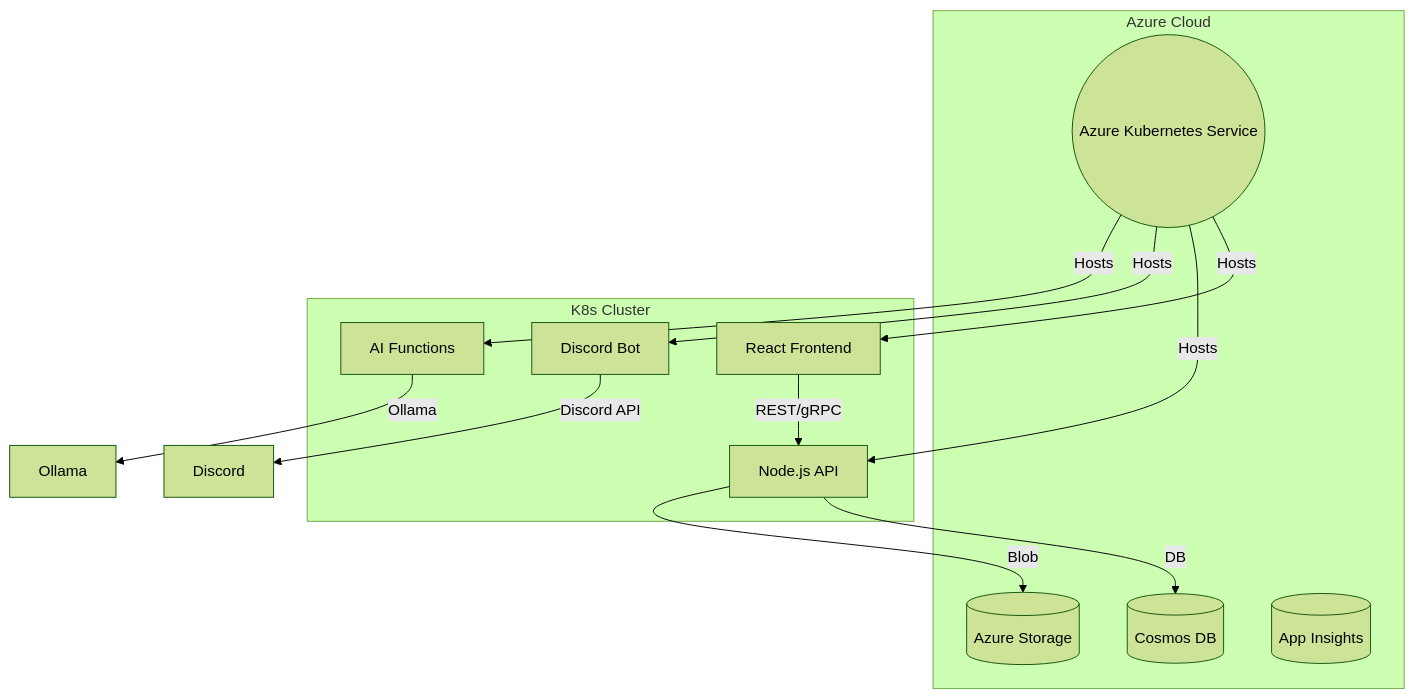
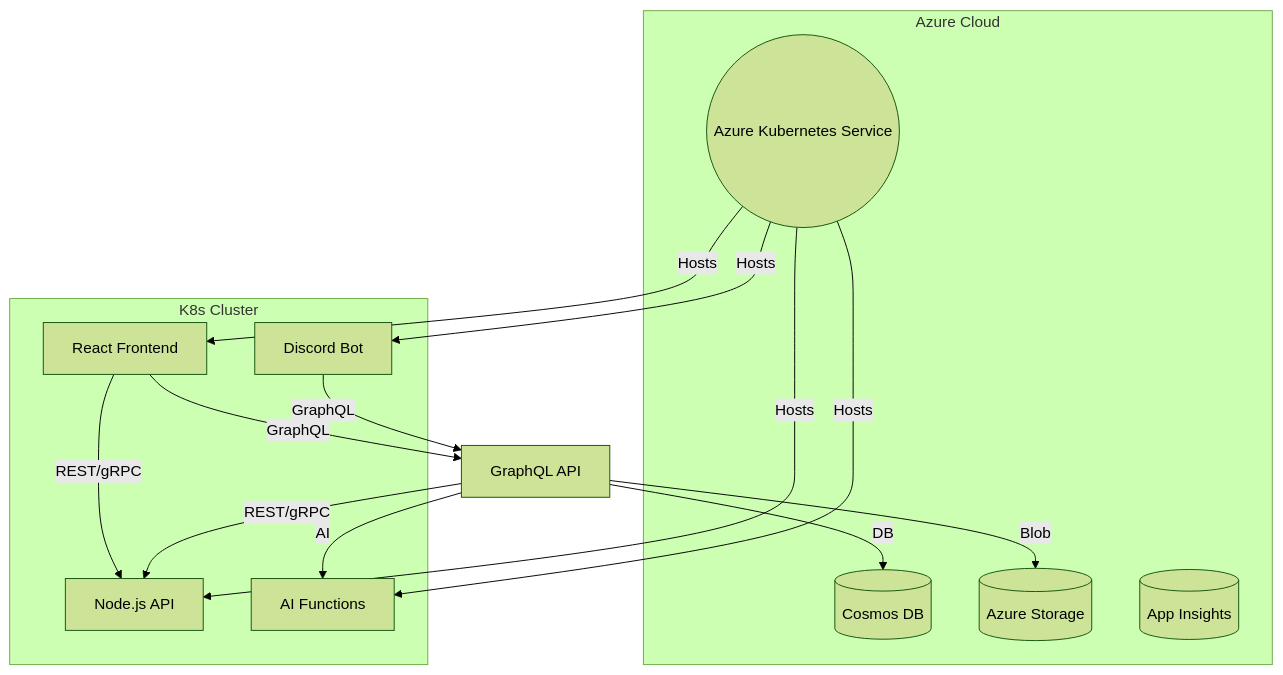
Before and after one commit to shaneandrus/React-with-Azure: the first of 2 diagrams in README.md, drawn with Mermaid (forest theme). The commit also changed other lines of this file, not shown here.

First line of the commit message:
Enhance README.md with GraphQL API details and architecture updates

````diff
--- a/README.md
+++ b/README.md
@@ -26,24 +27,26 @@
 ```mermaid
 graph TD
   subgraph Azure Cloud
     AKS(("Azure Kubernetes Service"))
     CosmosDB[("Cosmos DB")]
     Storage[("Azure Storage")]
     AppInsights[("App Insights")]
   end
   subgraph K8s Cluster
     FE["React Frontend"]
     API["Node.js API"]
     BOT["Discord Bot"]
     AI["AI Functions"]
   end
   FE-->|"REST/gRPC"|API
-  API-->|"DB"|CosmosDB
-  API-->|"Blob"|Storage
-  BOT-->|"Discord API"|Discord
-  AI-->|"Ollama"|Ollama
+  FE-->|"GraphQL"|GQL["GraphQL API"]
+  BOT-->|"GraphQL"|GQL
+  GQL-->|"DB"|CosmosDB
+  GQL-->|"Blob"|Storage
+  GQL-->|"AI"|AI
+  GQL-->|"REST/gRPC"|API
   AKS-->|"Hosts"|FE
   AKS-->|"Hosts"|API
   AKS-->|"Hosts"|BOT
   AKS-->|"Hosts"|AI
 ```
````
